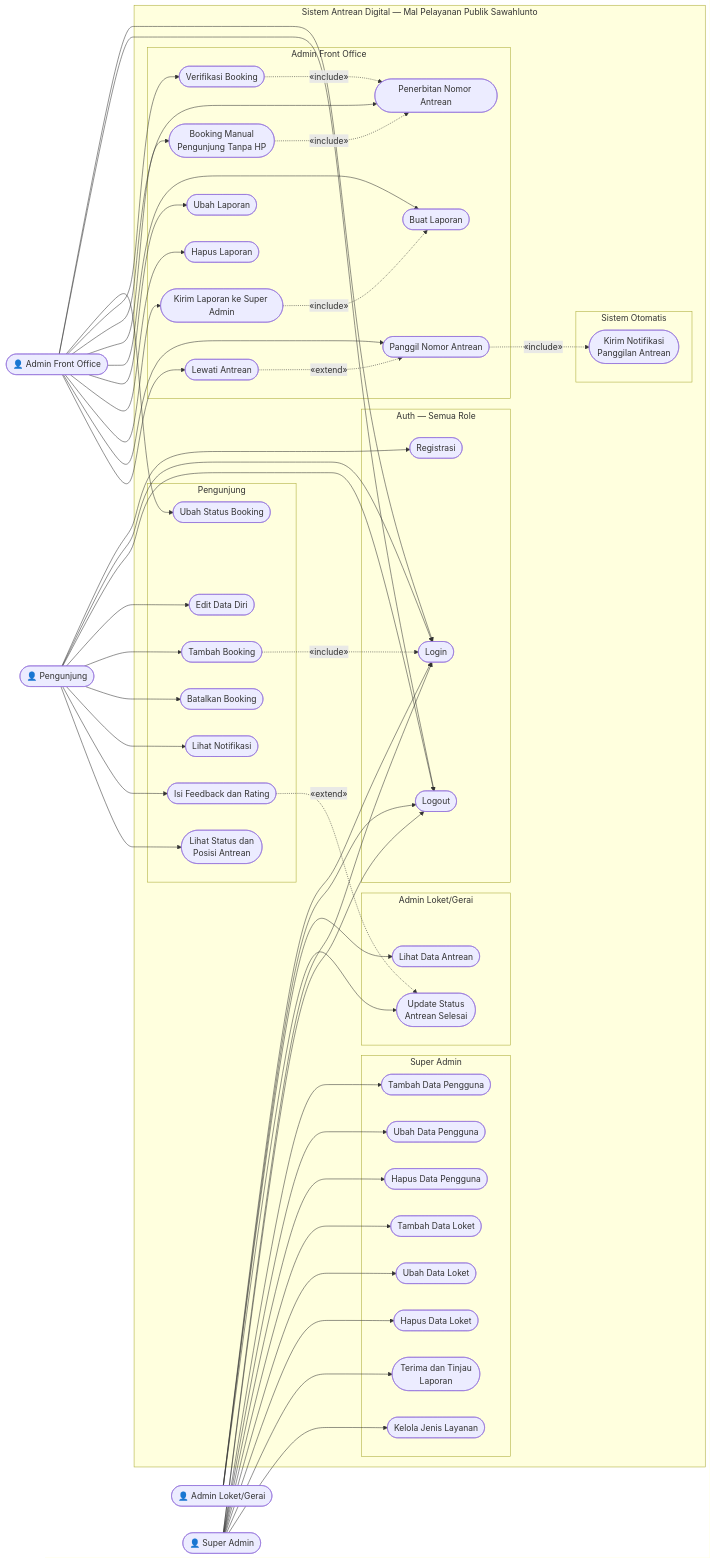
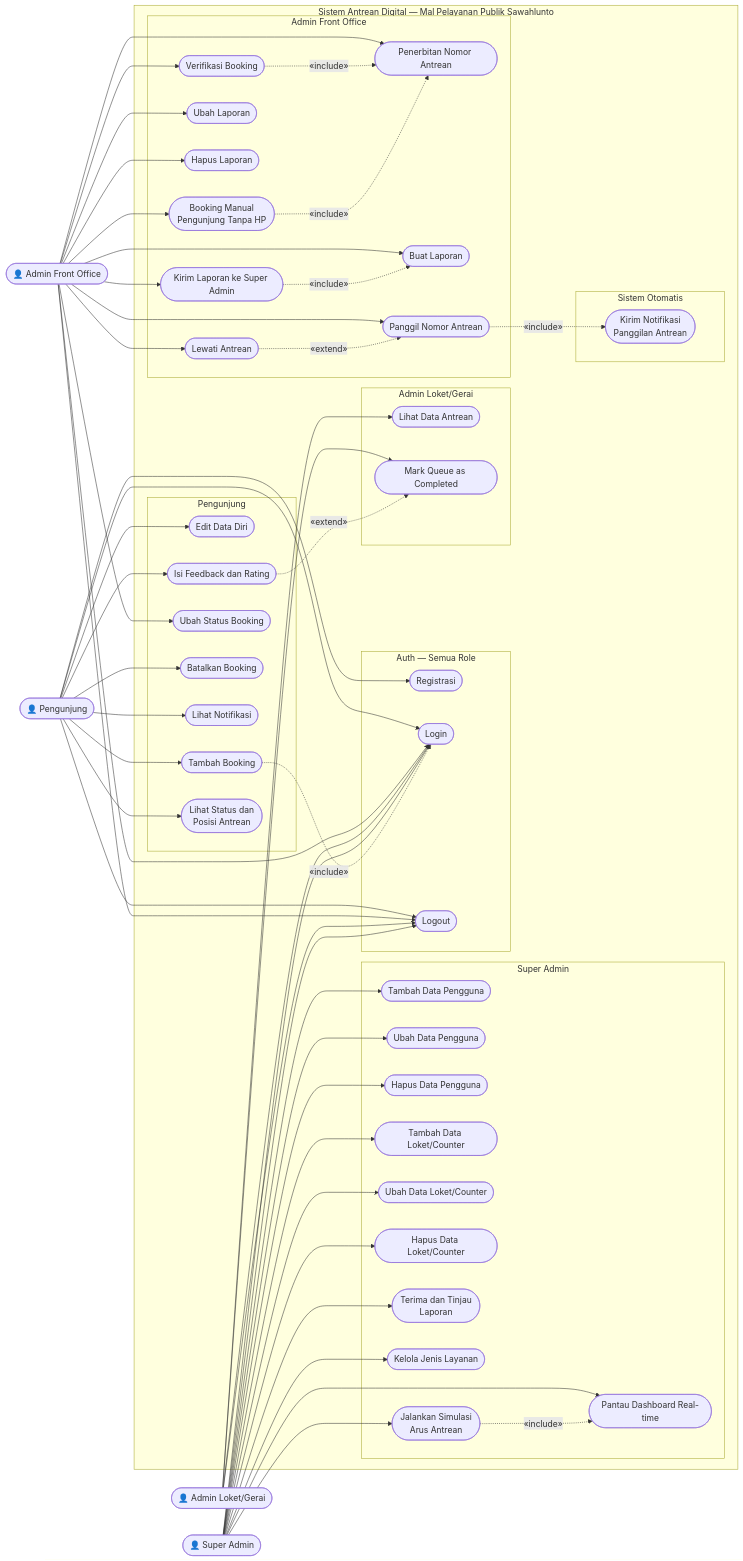
The diagram in docs/diagrams/usecase-diagram/usecase-diagram.md (zakyrmh/pbl-spektra), drawn with Mermaid before and after one commit. The commit also changed 12 other files, not shown here.

Commit message:
docs: refactor and sync all diagrams with production database schema and english enums

```diff
--- a/docs/diagrams/usecase-diagram/usecase-diagram.md
+++ b/docs/diagrams/usecase-diagram/usecase-diagram.md
@@ -38,18 +38,20 @@
 
         subgraph LOKET["Admin Loket/Gerai"]
             UC17(["Lihat Data Antrean"])
-            UC18(["Update Status\nAntrean Selesai"])
+            UC18(["Mark Queue as Completed"])
         end
 
         subgraph SUPERADMIN["Super Admin"]
             UC19(["Tambah Data Pengguna"])
             UC20(["Ubah Data Pengguna"])
             UC21(["Hapus Data Pengguna"])
-            UC22(["Tambah Data Loket"])
-            UC23(["Ubah Data Loket"])
-            UC24(["Hapus Data Loket"])
+            UC22(["Tambah Data Loket/Counter"])
+            UC23(["Ubah Data Loket/Counter"])
+            UC24(["Hapus Data Loket/Counter"])
             UC25(["Terima dan Tinjau\nLaporan"])
             UC29(["Kelola Jenis Layanan"])
+            UC31(["Pantau Dashboard Real-time"])
+            UC32(["Jalankan Simulasi\nArus Antrean"])
         end
 
         subgraph SISTEM_OTOMATIS["Sistem Otomatis"]
@@ -100,6 +102,8 @@
     SA --> UC24
     SA --> UC25
     SA --> UC29
+    SA --> UC31
+    SA --> UC32
 
     %% Include Relationship
     UC5 -.->|«include»| UC2
@@ -107,6 +111,7 @@
     UC12 -.->|«include»| UC11
     UC16 -.->|«include»| UC13
     UC27 -.->|«include»| UC30
+    UC32 -.->|«include»| UC31
 
     %% Extend Relationship
     UC9 -.->|«extend»| UC18
```
